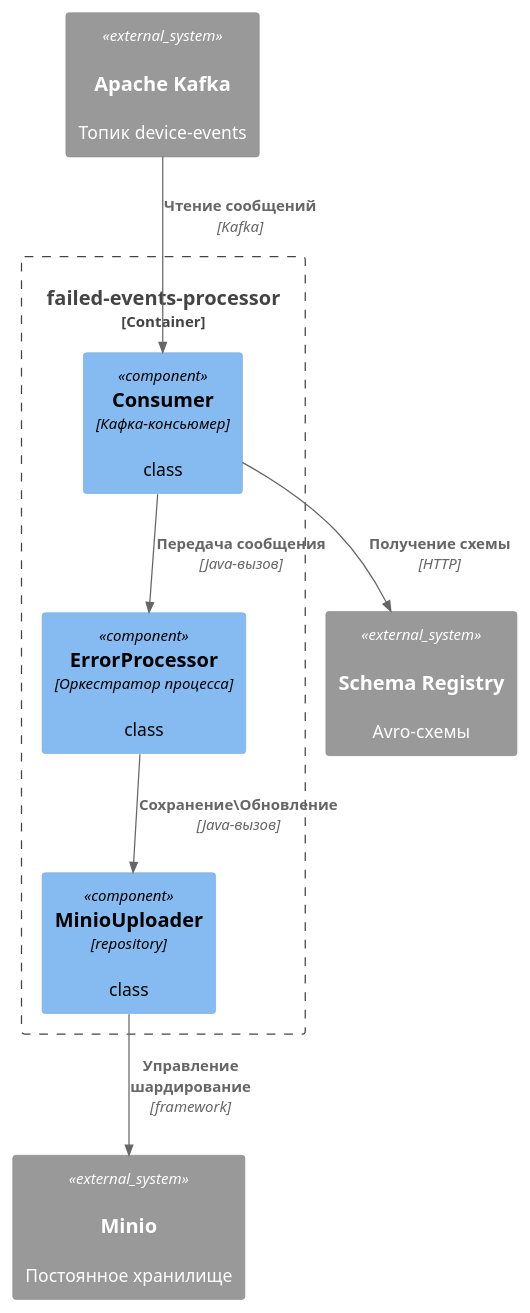
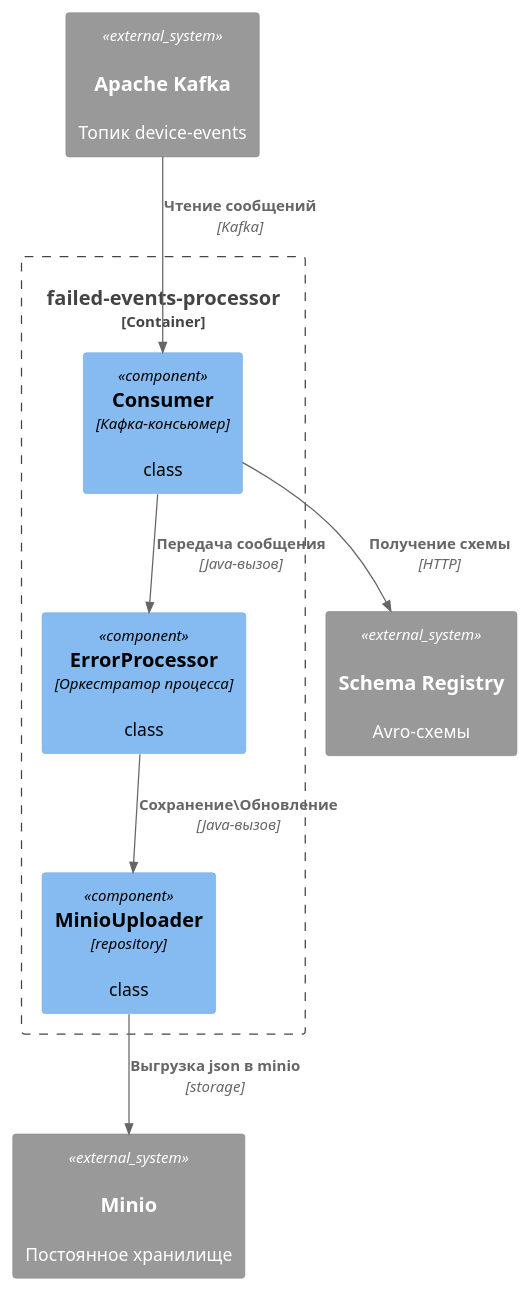
The diagram in diagrams/failed-events-processor/failed-events-processor-component.puml (ApenDover/ourcode-iot-platform), drawn with PlantUML before and after one commit. The commit also changed 35 other files, not shown here.

```diff
--- a/diagrams/failed-events-processor/failed-events-processor-component.puml
+++ b/diagrams/failed-events-processor/failed-events-processor-component.puml
@@ -1,26 +1,26 @@
 @startuml
 !include https://raw.githubusercontent.com/plantuml-stdlib/C4-PlantUML/master/C4_Component.puml
 
 AddElementTag("microservice", $bgColor="#E6F3F7", $fontColor="#333333", $borderColor="#3F668F")
 AddElementTag("storage", $bgColor="#F7E9E6", $fontColor="#333333", $borderColor="#8F3F3F")
 AddElementTag("queue", $bgColor="#E6F7E6", $fontColor="#333333", $borderColor="#3F8F5F")
 
 Container_Boundary(app, "failed-events-processor") {
     Component(consumer, "Consumer", "Кафка-консьюмер", "class")
     Component(error_handler_service, "ErrorProcessor", "Оркестратор процесса", "class")
     Component(minio_uploader, "MinioUploader", "repository", "class")
 }
 
 System_Ext(kafka, "Apache Kafka", "Топик device-events", "queue")
 System_Ext(schema_reg, "Schema Registry", "Avro-схемы", "storage")
 System_Ext(minio, "Minio", "Постоянное хранилище", "storage")
 
 Rel(kafka, consumer, "Чтение сообщений", "Kafka")
 Rel(consumer, schema_reg, "Получение схемы", "HTTP")
 Rel(consumer, error_handler_service, "Передача сообщения", "Java-вызов")
 
 Rel(error_handler_service, minio_uploader, "Сохранение\Обновление", "Java-вызов")
-Rel(minio_uploader, minio, "Управление шардирование", "framework")
+Rel(minio_uploader, minio, "Выгрузка json в minio", "storage")
 
 
 @enduml
```
